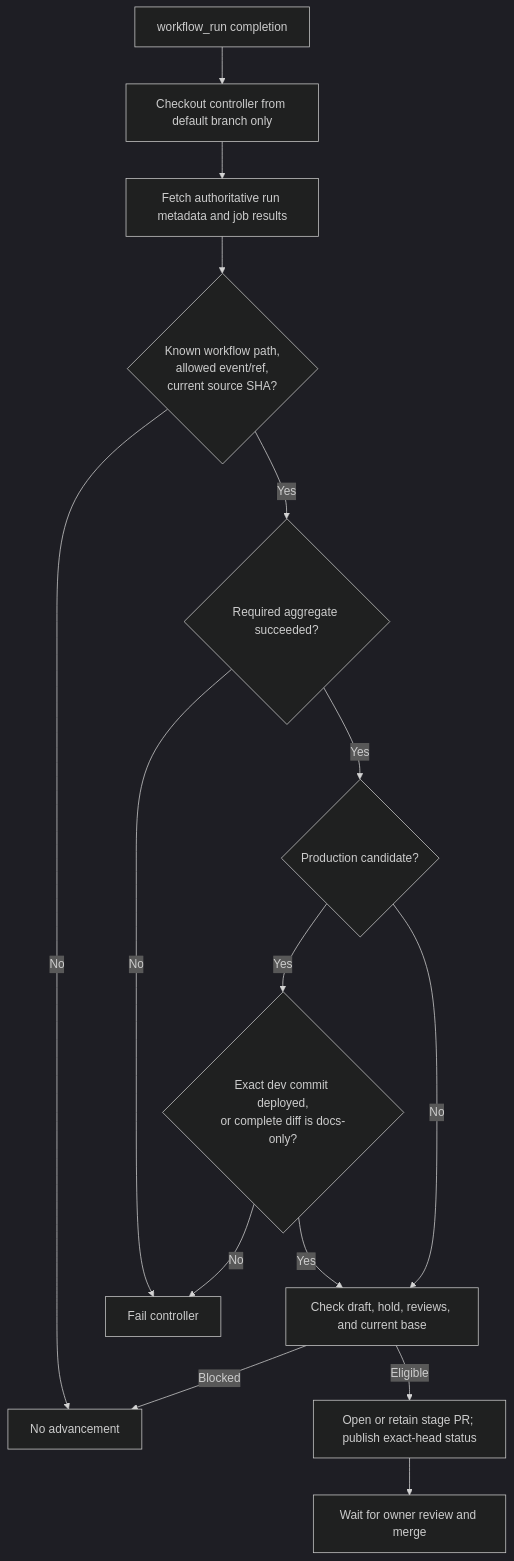
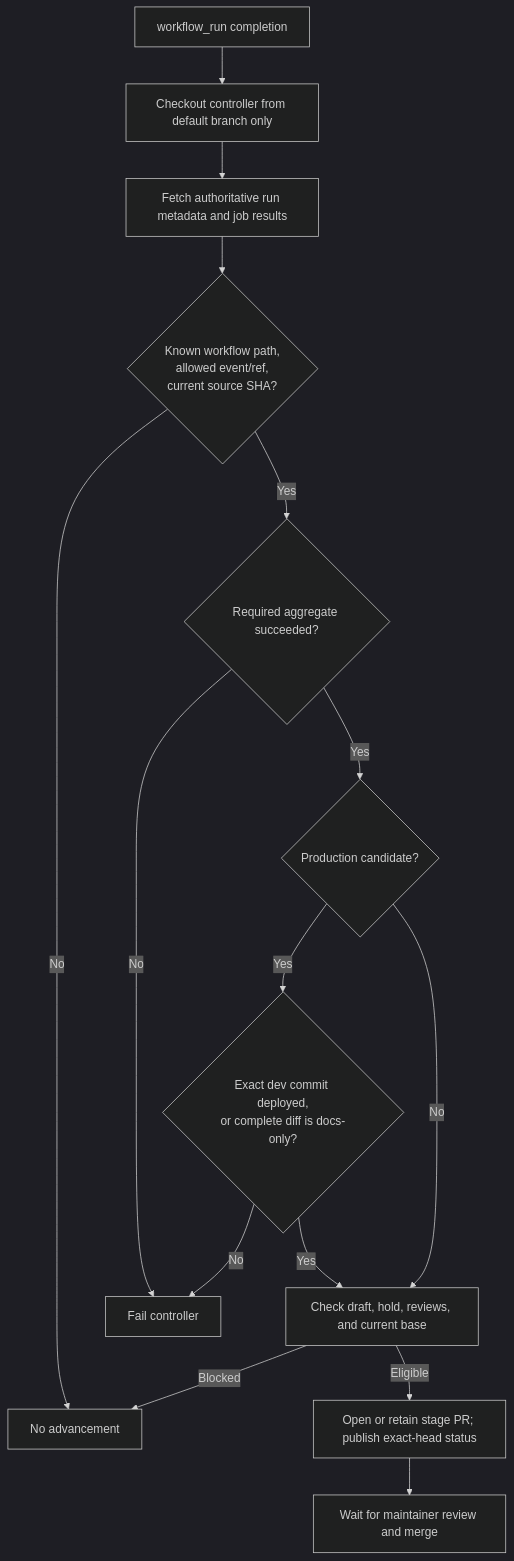
The fourth of 16 diagrams in docs/CI_CD.md (Yale-Undergraduate-Consulting-Group/club-res-website), drawn with Mermaid (dark theme) before and after one commit. The commit also changed other lines of this file and 12 other files, not shown here.

Commit message:
Use maintainer role instead of a named owner for review

````diff
--- a/docs/CI_CD.md
+++ b/docs/CI_CD.md
@@ -152,17 +157,17 @@
 ```mermaid
 flowchart TD
   E["workflow_run completion"] --> T["Checkout controller from default branch only"]
   T --> R["Fetch authoritative run metadata and job results"]
   R --> I{"Known workflow path,<br/>allowed event/ref,<br/>current source SHA?"}
   I -->|No| STOP["No advancement"]
   I -->|Yes| G{"Required aggregate succeeded?"}
   G -->|No| FAIL["Fail controller"]
   G -->|Yes| D{"Production candidate?"}
   D -->|Yes| DP{"Exact dev commit deployed,<br/>or complete diff is docs-only?"}
   DP -->|No| FAIL
   DP -->|Yes| H["Check draft, hold, reviews, and current base"]
   D -->|No| H
   H -->|Blocked| STOP
   H -->|Eligible| PR["Open or retain stage PR; publish exact-head status"]
-  PR --> OWNER["Wait for owner review and merge"]
+  PR --> OWNER["Wait for maintainer review and merge"]
 ```
````
